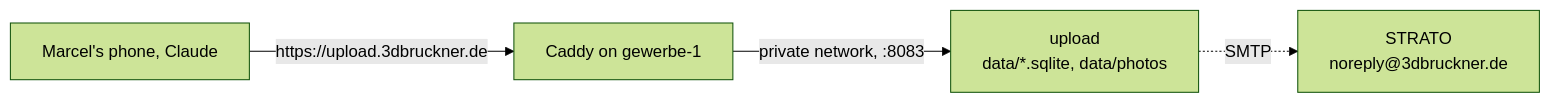
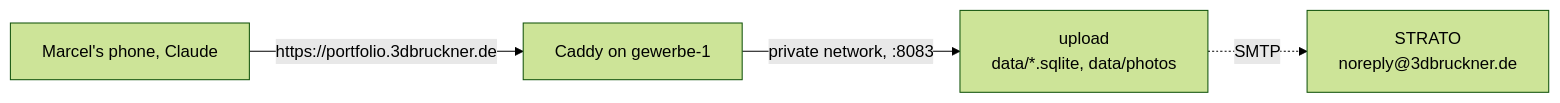
Before and after one commit to 3D-Bruckner/stacks: the diagram in docs/operations.md, drawn with Mermaid (forest theme). The commit also changed other lines of this file and 4 other files, not shown here.

First line of the commit message:
Rename upload to portfolio: image, service, settings

````diff
--- a/docs/operations.md
+++ b/docs/operations.md
@@ -5,6 +5,6 @@
 ```mermaid
 flowchart LR
-  P["Marcel's phone, Claude"] -- "https://upload.3dbruckner.de" --> C["Caddy on gewerbe-1"]
+  P["Marcel's phone, Claude"] -- "https://portfolio.3dbruckner.de" --> C["Caddy on gewerbe-1"]
   C -- "private network, :8083" --> U["upload<br/>data/*.sqlite, data/photos"]
   U -. "SMTP" .-> M["STRATO<br/>noreply@3dbruckner.de"]
 ```
````
